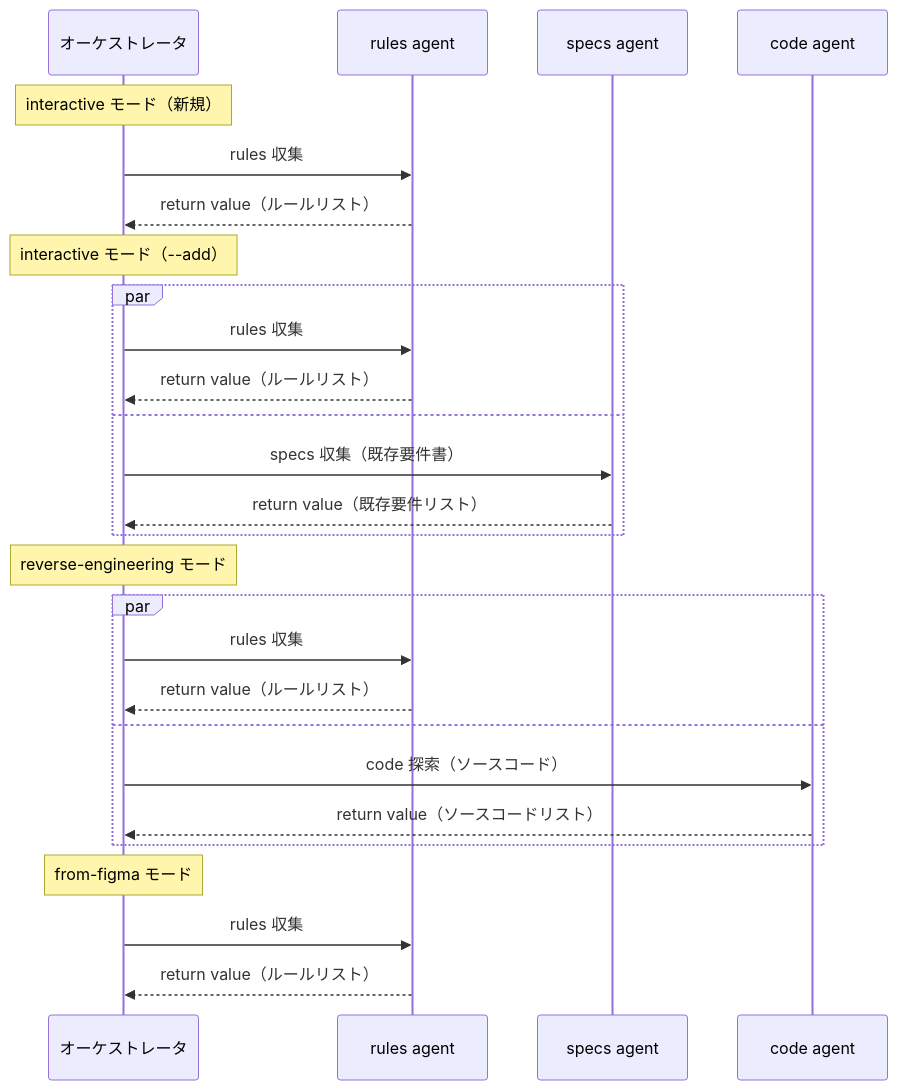
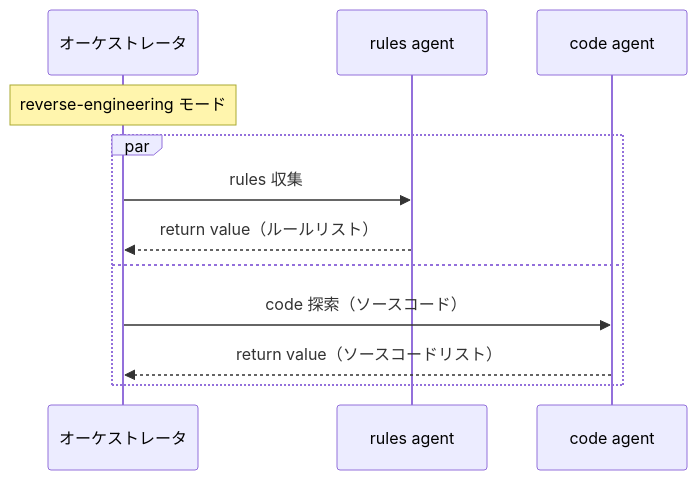
The second of 2 diagrams in docs/specs/forge/design/DES-010_create_skills_orchestrator_design.md (BlueEventHorizon/bw-cc-plugins), drawn with Mermaid before and after one commit. The commit also changed other lines of this file and 22 other files, not shown here.

````diff
--- a/docs/specs/forge/design/DES-010_create_skills_orchestrator_design.md
+++ b/docs/specs/forge/design/DES-010_create_skills_orchestrator_design.md
@@ -252,33 +206,15 @@
 ```mermaid
 sequenceDiagram
     participant O as オーケストレータ
     participant R as rules agent
-    participant S as specs agent
     participant C as code agent
-
-    Note over O: interactive モード（新規）
-    O->>R: rules 収集
-    R-->>O: return value（ルールリスト）
-
-    Note over O: interactive モード（--add）
-    par
-        O->>R: rules 収集
-        R-->>O: return value（ルールリスト）
-    and
-        O->>S: specs 収集（既存要件書）
-        S-->>O: return value（既存要件リスト）
-    end
 
     Note over O: reverse-engineering モード
     par
         O->>R: rules 収集
         R-->>O: return value（ルールリスト）
     and
         O->>C: code 探索（ソースコード）
         C-->>O: return value（ソースコードリスト）
     end
-
-    Note over O: from-figma モード
-    O->>R: rules 収集
-    R-->>O: return value（ルールリスト）
 ```
````
